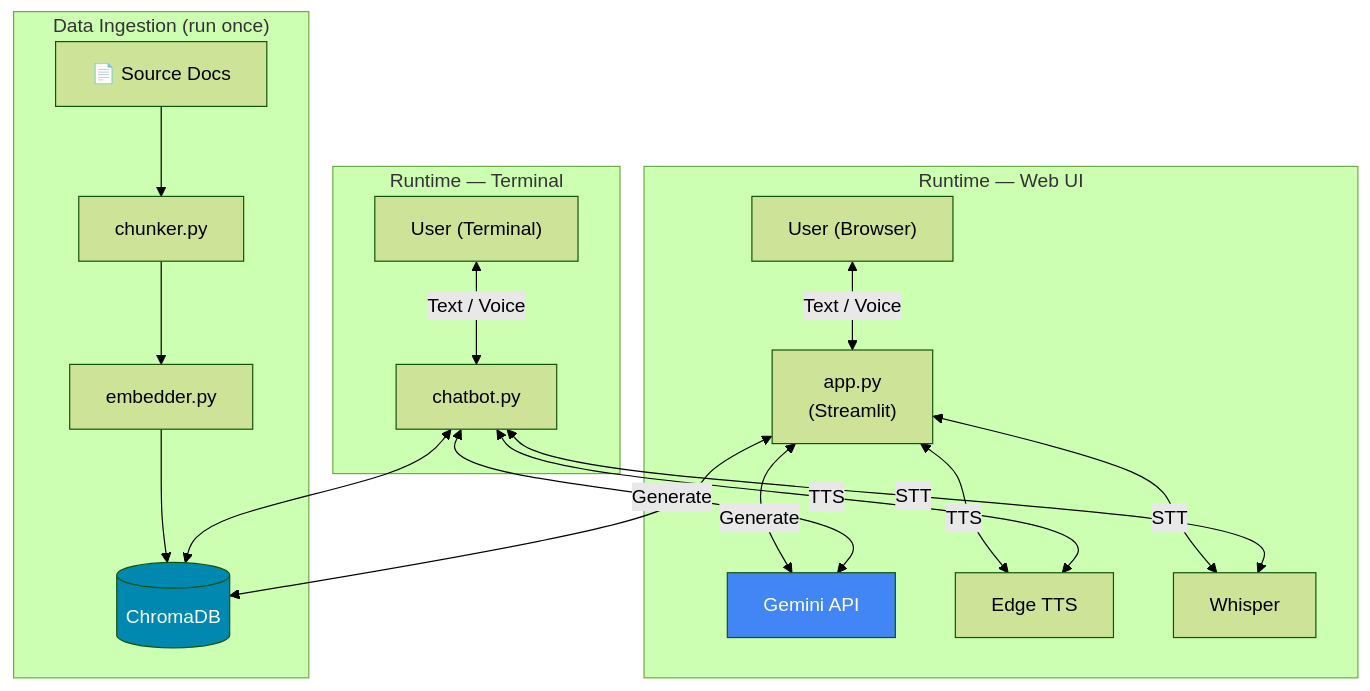
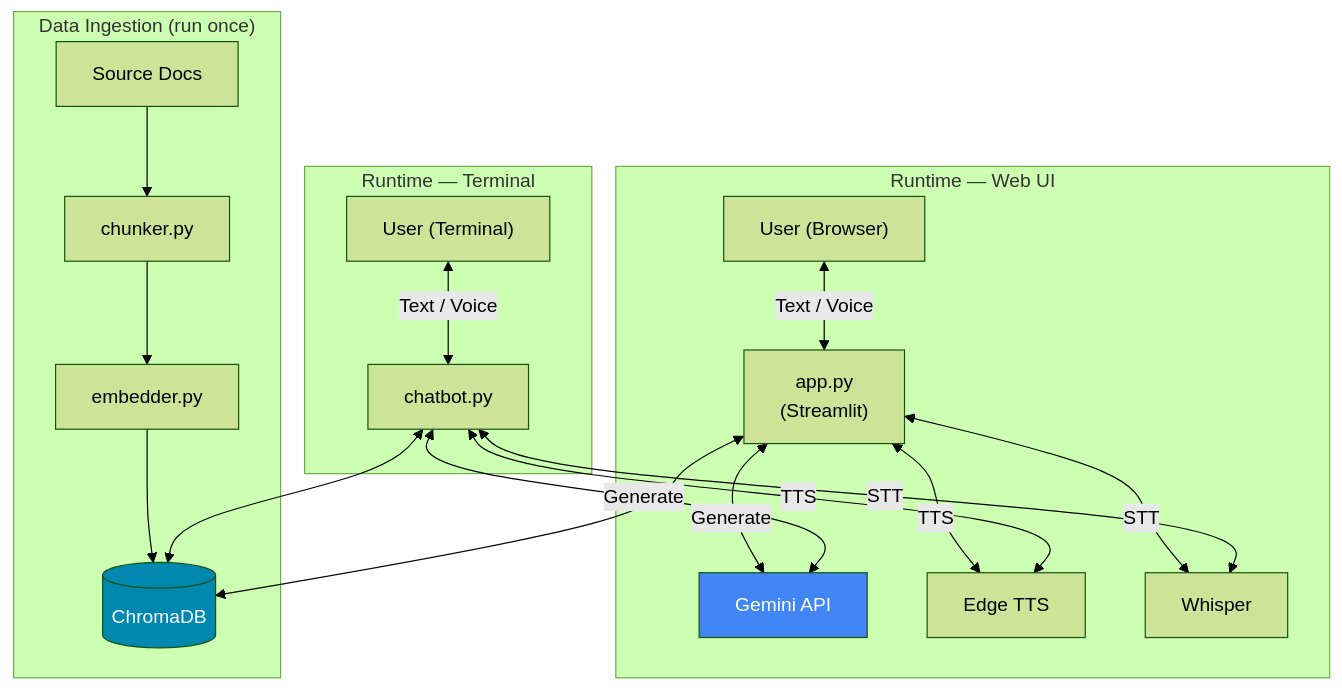
The fourth of 5 diagrams in README.md (RedaMohssine/E-Wslni---Chatbot-Robot-Guide), drawn with Mermaid (forest theme) before and after one commit. The commit also changed other lines of this file, not shown here.

````diff
--- a/README.md
+++ b/README.md
@@ -78,27 +78,27 @@
 ```mermaid
 graph TB
     subgraph "Data Ingestion (run once)"
-        D["📄 Source Docs"] --> CH["chunker.py"]
+        D["Source Docs"] --> CH["chunker.py"]
         CH --> EM["embedder.py"]
         EM --> DB[("ChromaDB")]
     end
 
     subgraph "Runtime — Web UI"
         U1["User (Browser)"] <-->|Text / Voice| APP["app.py\n(Streamlit)"]
         APP <--> DB
         APP <-->|Generate| GEM["Gemini API"]
         APP <-->|TTS| ETTS["Edge TTS"]
         APP <-->|STT| WSP["Whisper"]
     end
 
     subgraph "Runtime — Terminal"
         U2["User (Terminal)"] <-->|Text / Voice| CB["chatbot.py"]
         CB <--> DB
         CB <-->|Generate| GEM
         CB <-->|TTS| ETTS
         CB <-->|STT| WSP
     end
 
     style DB fill:#0088b0,color:#fff
     style GEM fill:#4285F4,color:#fff
 ```
````
